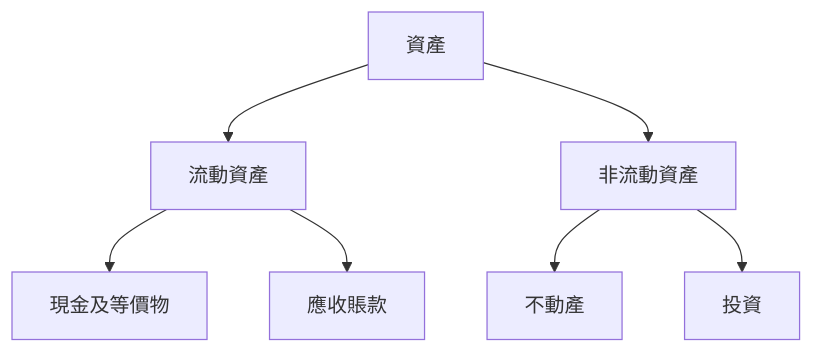
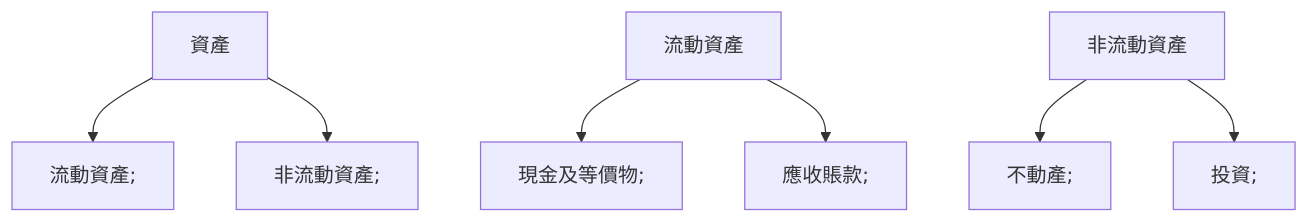
The sixth of 11 diagrams in ai_gen_report/stock/meta/fundamental_analysis_2026-03-25_openai.md (yennanliu/finance_data), drawn with Mermaid before and after one commit. The commit also changed other lines of this file and 2258 other files, not shown here.

First line of the commit message:
chore: backfill Mermaid syntax repair across existing reports

````diff
--- a/ai_gen_report/stock/meta/fundamental_analysis_2026-03-25_openai.md
+++ b/ai_gen_report/stock/meta/fundamental_analysis_2026-03-25_openai.md
@@ -151,9 +151,9 @@
 ```mermaid
 graph TD;
-    資產 --> 流動資產;
-    資產 --> 非流動資產;
-    流動資產 --> 現金及等價物;
-    流動資產 --> 應收賬款;
-    非流動資產 --> 不動產;
-    非流動資產 --> 投資;
+    資產 --> nb1["流動資產;"]
+    資產 --> nb2["非流動資產;"]
+    流動資產 --> nb3["現金及等價物;"]
+    流動資產 --> nb4["應收賬款;"]
+    非流動資產 --> nb5["不動產;"]
+    非流動資產 --> nb6["投資;"]
 ```
````
